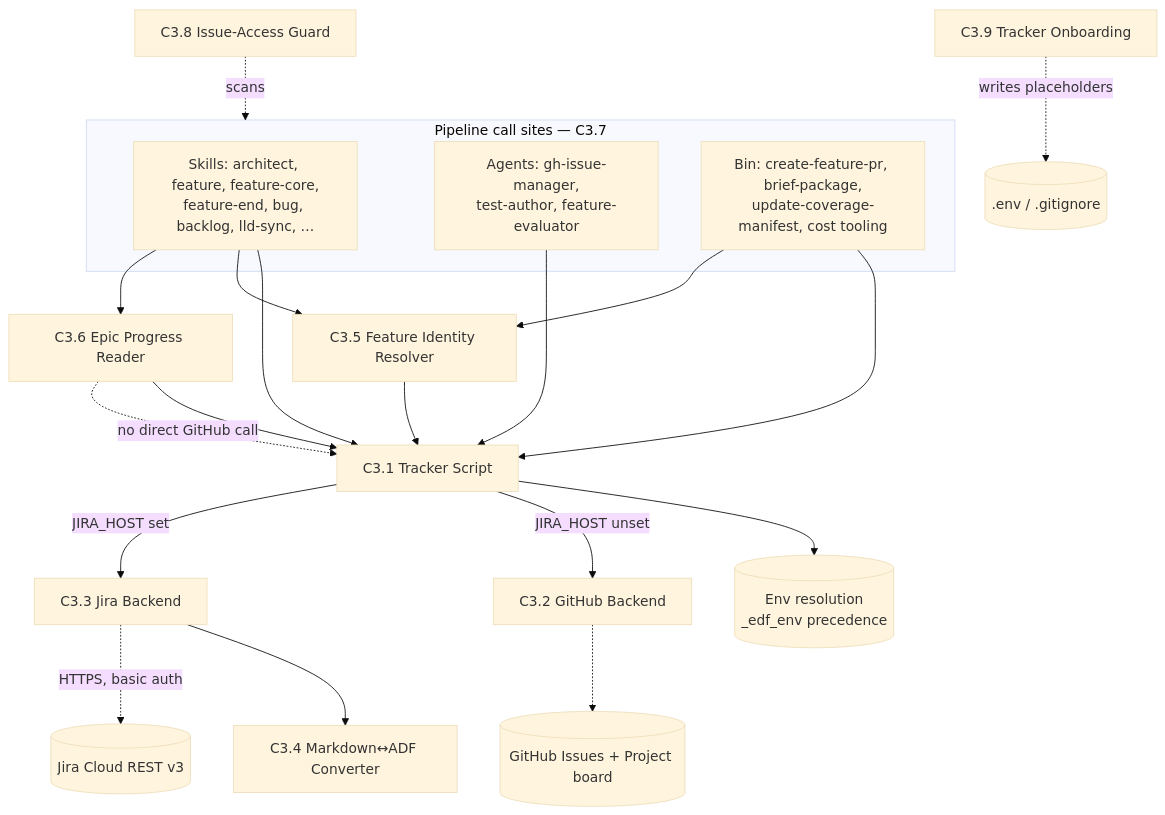
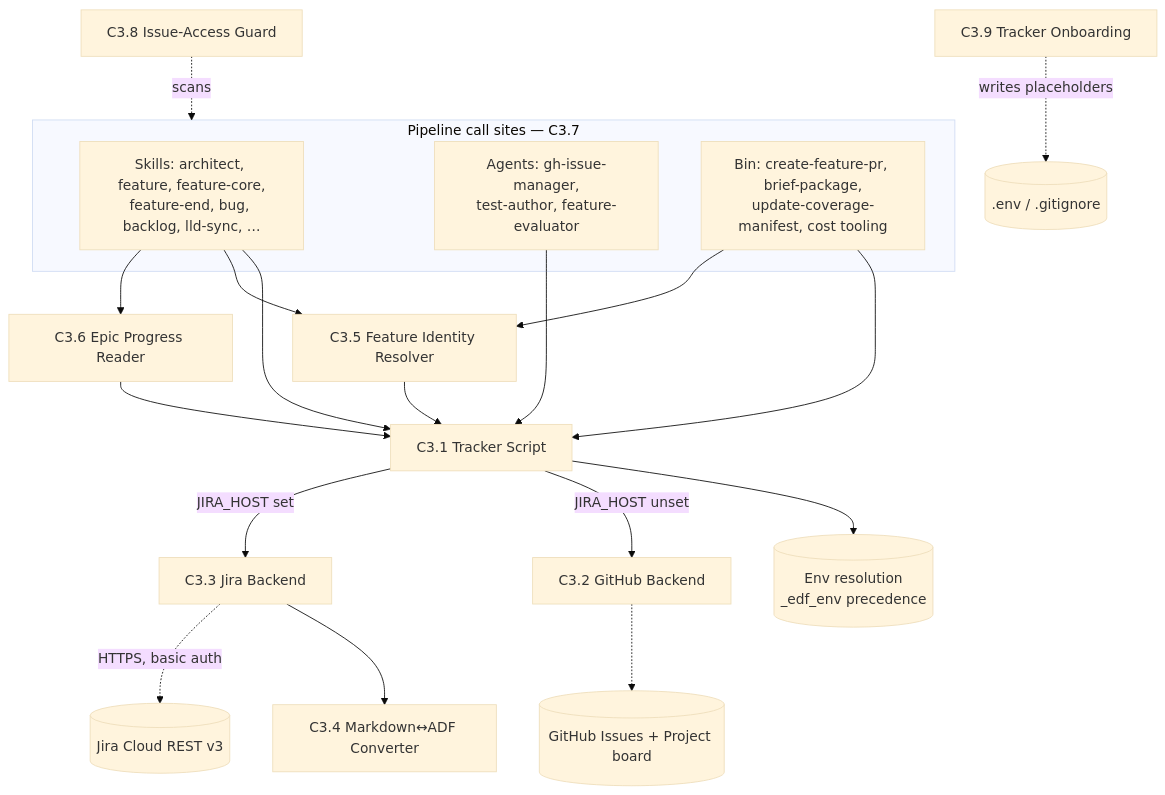
Before and after one commit to mironyx/engineering-delivery-framework: the first of 4 diagrams in plugins/edf/docs/design/v3/v3-design.md, drawn with Mermaid (base theme). The commit also changed other lines of this file, not shown here.

````diff
--- a/plugins/edf/docs/design/v3/v3-design.md
+++ b/plugins/edf/docs/design/v3/v3-design.md
@@ -116,36 +117,35 @@
 ```mermaid
 graph TD
   subgraph callers[Pipeline call sites — C3.7]
     SK[Skills: architect, feature, feature-core,<br/>feature-end, bug, backlog, lld-sync, …]
     AG[Agents: gh-issue-manager,<br/>test-author, feature-evaluator]
     BN[Bin: create-feature-pr, brief-package,<br/>update-coverage-manifest, cost tooling]
   end
   SU[C3.9 Tracker Onboarding]
   GT[C3.8 Issue-Access Guard]
 
   TS[C3.1 Tracker Script]
   GH[C3.2 GitHub Backend]
   JB[C3.3 Jira Backend]
   CV[C3.4 Markdown↔ADF Converter]
   EP[C3.6 Epic Progress Reader]
   FI[C3.5 Feature Identity Resolver]
   ENV[(Env resolution<br/>_edf_env precedence)]
 
   SK --> TS
   AG --> TS
   BN --> TS
   SK --> FI
   BN --> FI
   SK --> EP
   EP --> TS
   TS --> ENV
   FI --> TS
-  EP -.no direct GitHub call.-> TS
   TS -->|JIRA_HOST unset| GH
   TS -->|JIRA_HOST set| JB
   JB --> CV
   GH -.-> GHAPI[(GitHub Issues + Project board)]
   JB -.HTTPS, basic auth.-> JAPI[(Jira Cloud REST v3)]
   SU -.writes placeholders.-> DOTENV[(.env / .gitignore)]
   GT -.scans.-> callers
 ```
````
